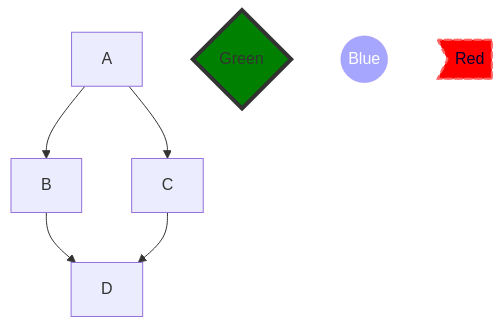
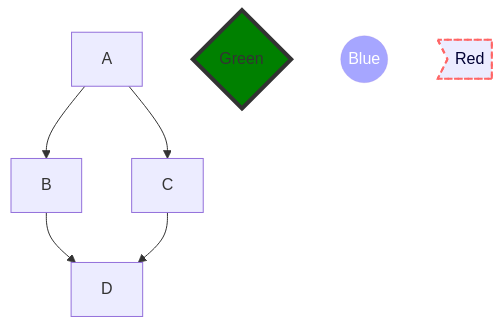
One commit to danielurra/mermaid changed the diagram in README.md. Above: the diagram before and after it, drawn with Mermaid.

````diff
--- a/README.md
+++ b/README.md
@@ -8,15 +8,15 @@
 ```mermaid
   graph TD;
       A-->B;
       A-->C;
       B-->D;
       C-->D;
       st{Green};
       good((Blue));
       en>Red];
-      style en fill:red,stroke:#f66,stroke-width:2px,color:#003,stroke-dasharray: 5 5;
+      style en fill:008000,stroke:#f66,stroke-width:2px,color:#003,stroke-dasharray: 5 5;
       style good fill:blue,fill-opacity:0.35,color:#FFFFFF,stroke-opacity:0.2;
       style st fill:#008000,stroke:#333,stroke-width:4px;
       
       
 ```
````
